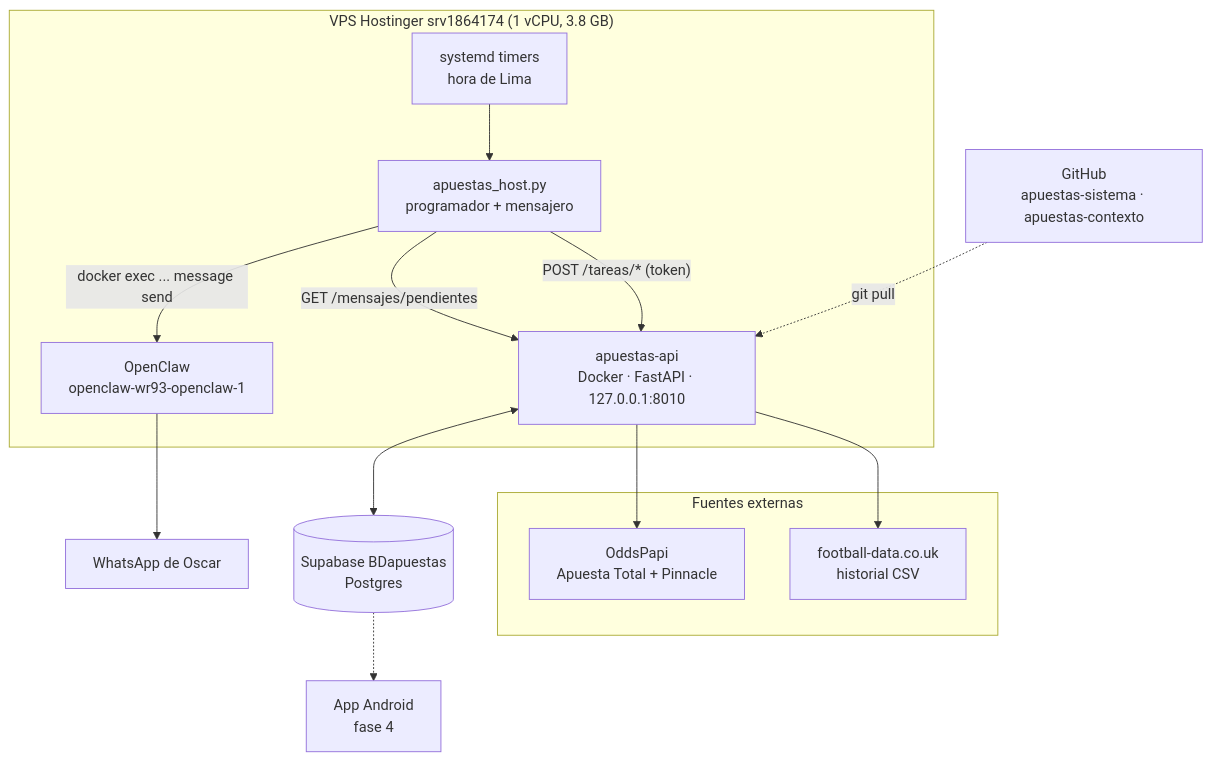
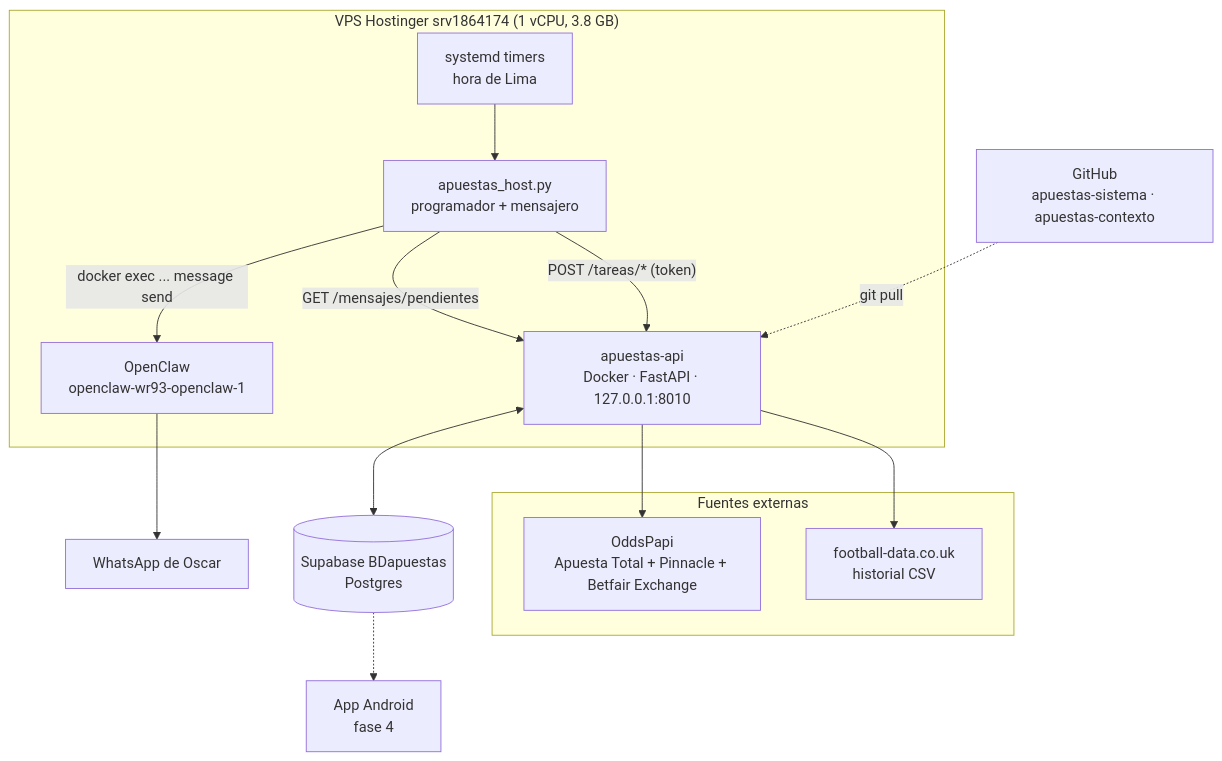
The first of 3 diagrams in 01-arquitectura/arquitectura.md (Oscar20024/apuestas-contexto), drawn with Mermaid before and after one commit. The commit also changed other lines of this file and 17 other files, not shown here.

````diff
--- a/01-arquitectura/arquitectura.md
+++ b/01-arquitectura/arquitectura.md
@@ -5,29 +5,29 @@
 ```mermaid
 flowchart TB
     subgraph Fuentes externas
         FD[football-data.co.uk<br/>historial CSV]
-        OP[OddsPapi<br/>Apuesta Total + Pinnacle]
+        OP[OddsPapi<br/>Apuesta Total + Pinnacle + Betfair Exchange]
     end
 
     subgraph VPS["VPS Hostinger srv1864174 (1 vCPU, 3.8 GB)"]
         T[systemd timers<br/>hora de Lima]
         H[apuestas_host.py<br/>programador + mensajero]
         API[apuestas-api<br/>Docker · FastAPI · 127.0.0.1:8010]
         OC[OpenClaw<br/>openclaw-wr93-openclaw-1]
     end
 
     SB[(Supabase BDapuestas<br/>Postgres)]
     GH[GitHub<br/>apuestas-sistema · apuestas-contexto]
     WA[WhatsApp de Oscar]
     APP[App Android<br/>fase 4]
 
     T --> H
     H -- "POST /tareas/* (token)" --> API
     API --> FD
     API --> OP
     API <--> SB
     H -- "GET /mensajes/pendientes" --> API
     H -- "docker exec ... message send" --> OC --> WA
     SB -.-> APP
     GH -. git pull .-> API
 ```
````
